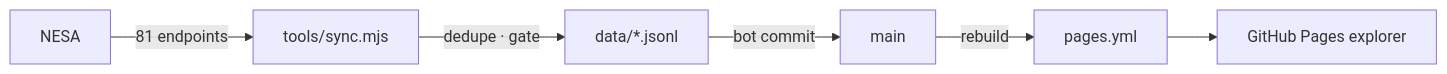
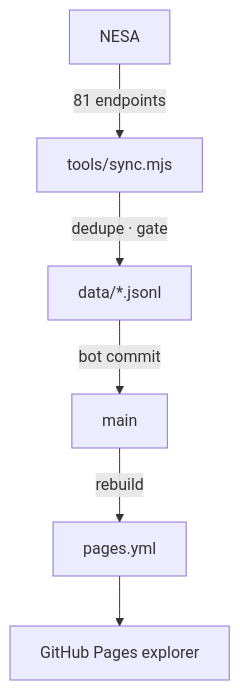
One commit to MaksimZinovev/curriculum-learning-outcomes-au changed the diagram in README.md. Above: the diagram before and after it, drawn with Mermaid. The commit also changed other lines of this file and 7 other files, not shown here.

````diff
--- a/README.md
+++ b/README.md
@@ -57,8 +62,8 @@
 ```mermaid
-flowchart LR
+flowchart TD
     N["NESA"] -->|"81 endpoints"| S["tools/sync.mjs"]
     S -->|"dedupe · gate"| D["data/*.jsonl"]
     D -->|"bot commit"| M["main"]
     M -->|"rebuild"| P["pages.yml"]
     P --> H["GitHub Pages explorer"]
 ```
````
